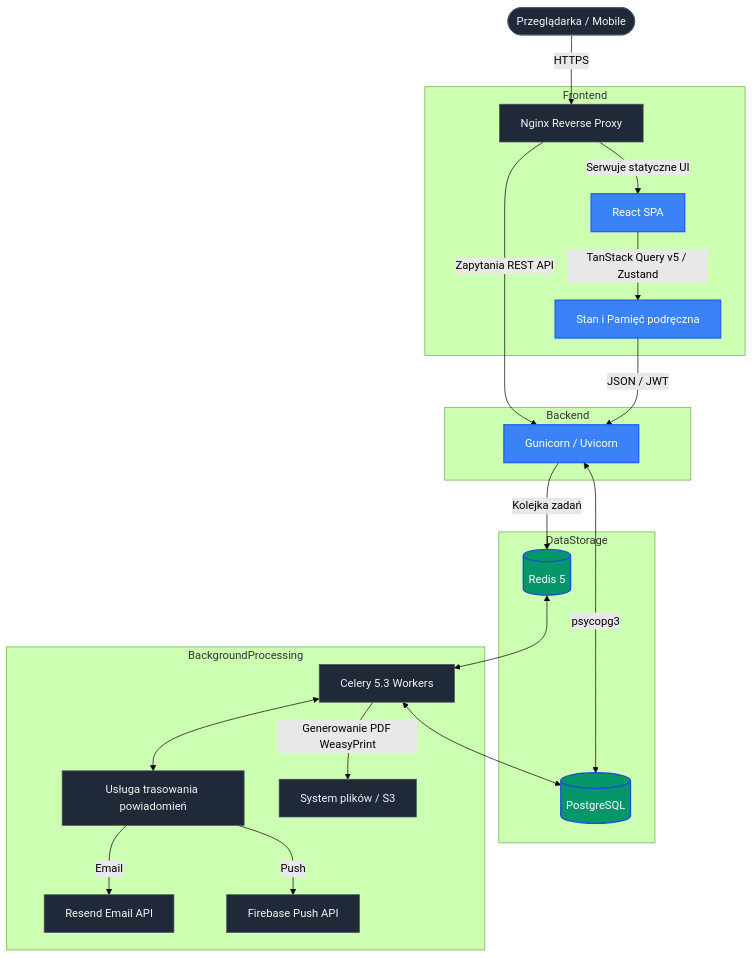
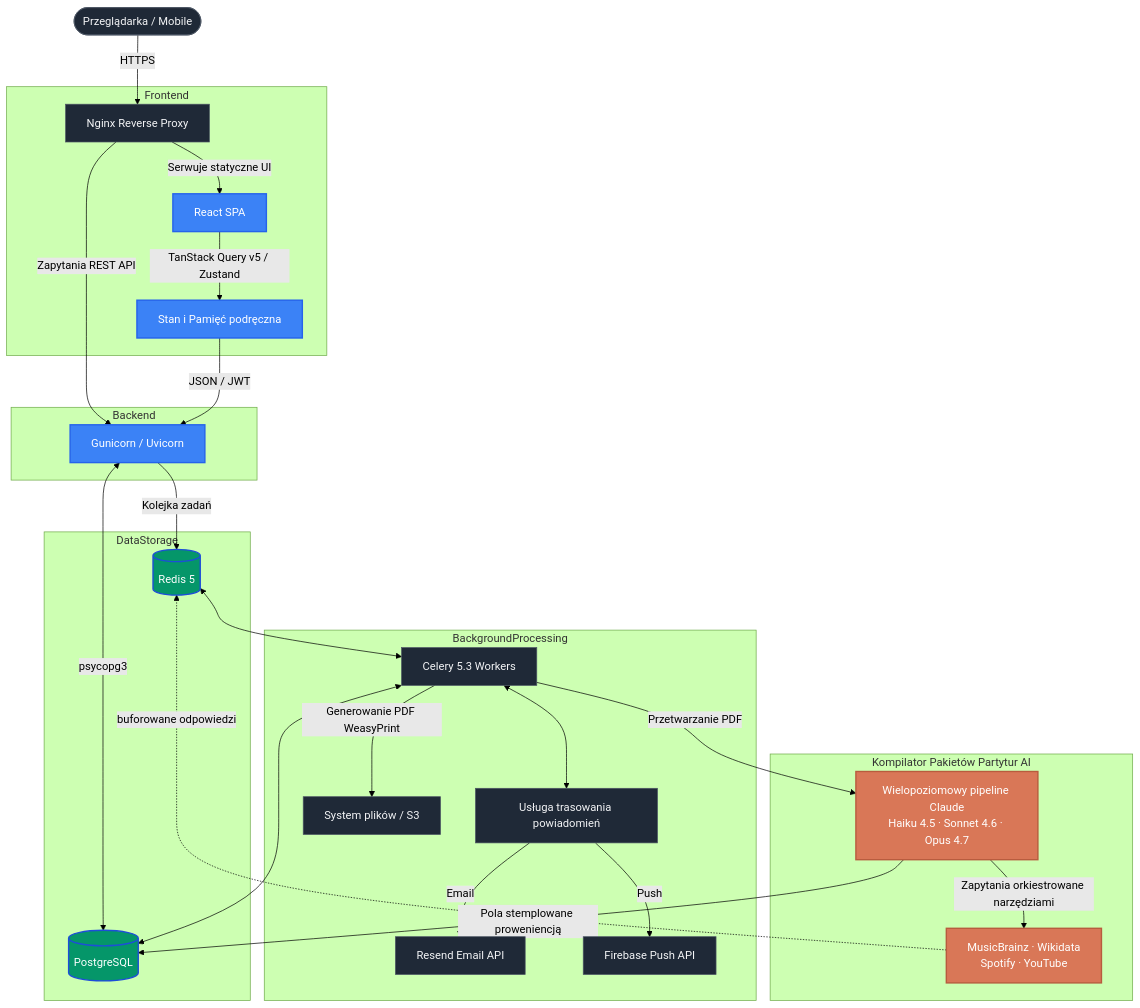
One commit to bedikryst/VoctManager changed the diagram in README.pl.md. Above: the diagram before and after it, drawn with Mermaid (forest theme). The commit also changed other lines of this file and 7 other files, not shown here.

````diff
--- a/README.pl.md
+++ b/README.pl.md
@@ -27,35 +28,44 @@
 ```mermaid
 graph TD
     Client([Przeglądarka / Mobile]) -->|HTTPS| Nginx[Nginx Reverse Proxy]
 
     subgraph Frontend
         Nginx -->|Serwuje statyczne UI| React[React SPA]
         React -->|TanStack Query v5 / Zustand| StateManager[Stan i Pamięć podręczna]
     end
 
     subgraph Backend
         Nginx -->|Zapytania REST API| Gunicorn[Gunicorn / Uvicorn]
         StateManager -->|JSON / JWT| Gunicorn
     end
 
     subgraph DataStorage
         Gunicorn <-->|psycopg3| DB[(PostgreSQL)]
         Gunicorn -->|Kolejka zadań| Redis[(Redis 5)]
     end
 
     subgraph BackgroundProcessing
         Redis <--> Celery[Celery 5.3 Workers]
         Celery <--> NotificationService[Usługa trasowania powiadomień]
         NotificationService -->|Email| Resend[Resend Email API]
         NotificationService -->|Push| Firebase[Firebase Push API]
         Celery <--> DB
         Celery -->|Generowanie PDF WeasyPrint| Ext[System plików / S3]
     end
 
+    subgraph AIScoreCompiler[Kompilator Pakietów Partytur AI]
+        Celery -->|Przetwarzanie PDF| Claude["Wielopoziomowy pipeline Claude<br/>Haiku 4.5 · Sonnet 4.6 · Opus 4.7"]
+        Claude -->|Zapytania orkiestrowane narzędziami| ExtMeta["MusicBrainz · Wikidata<br/>Spotify · YouTube"]
+        ExtMeta -.->|buforowane odpowiedzi| Redis
+        Claude -->|Pola stemplowane proweniencją| DB
+    end
+
     classDef default fill:#1f2937,stroke:#4b5563,stroke-width:1px,color:#f3f4f6;
     classDef highlight fill:#3b82f6,stroke:#2563eb,stroke-width:2px,color:#ffffff;
     classDef db fill:#059669,stroke:#1d4ed8,stroke-width:2px,color:#ffffff;
+    classDef ai fill:#D97757,stroke:#b85c3e,stroke-width:2px,color:#ffffff;
 
     class React,StateManager,Gunicorn highlight;
     class DB,Redis db;
+    class Claude,ExtMeta ai;
 ```
````
